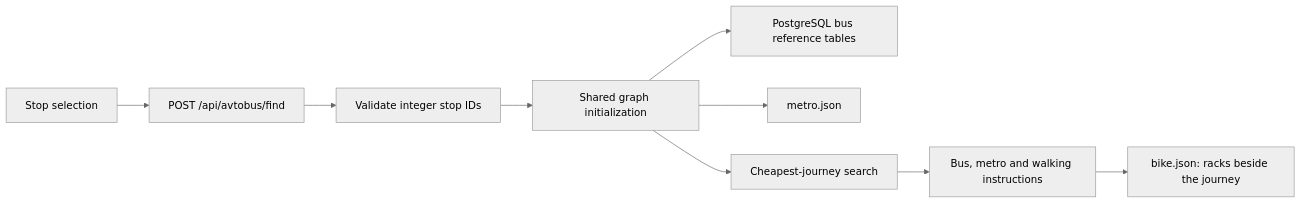
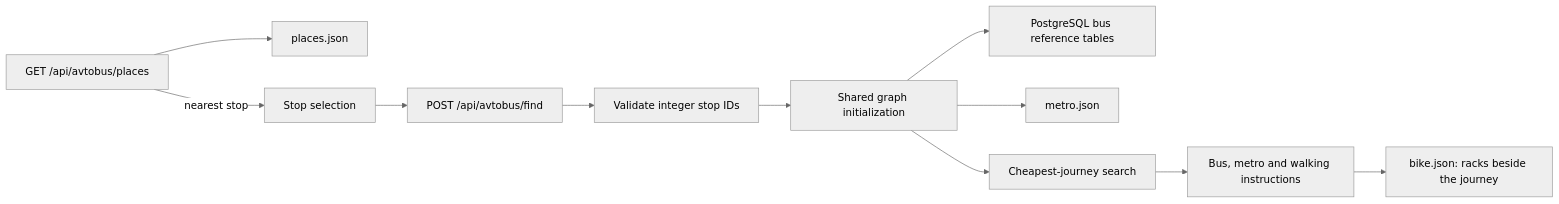
One commit to ismatsamadov/line changed the diagram in earlier/jobloom/birjob/docs/bus-routing.md. Above: the diagram before and after it, drawn with Mermaid (neutral theme). The commit also changed other lines of this file and 1 other file, not shown here.

First line of the commit message:
docs(bus): describe how the places are built, searched and shown (#720)

````diff
--- a/earlier/jobloom/birjob/docs/bus-routing.md
+++ b/earlier/jobloom/birjob/docs/bus-routing.md
@@ -10,11 +12,13 @@
 ```mermaid
 flowchart LR
+  P[GET /api/avtobus/places] --> Q[places.json]
+  P -->|nearest stop| A
   A[Stop selection] --> B[POST /api/avtobus/find]
   B --> C[Validate integer stop IDs]
   C --> D[Shared graph initialization]
   D --> E[PostgreSQL bus reference tables]
   D --> M[metro.json]
   D --> F[Cheapest-journey search]
   F --> G[Bus, metro and walking instructions]
   G --> K[bike.json: racks beside the journey]
 ```
````
